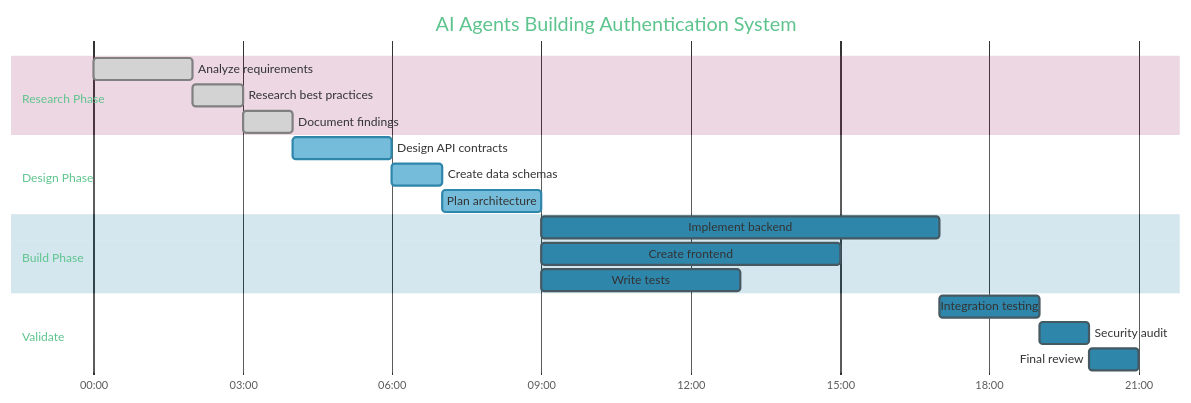
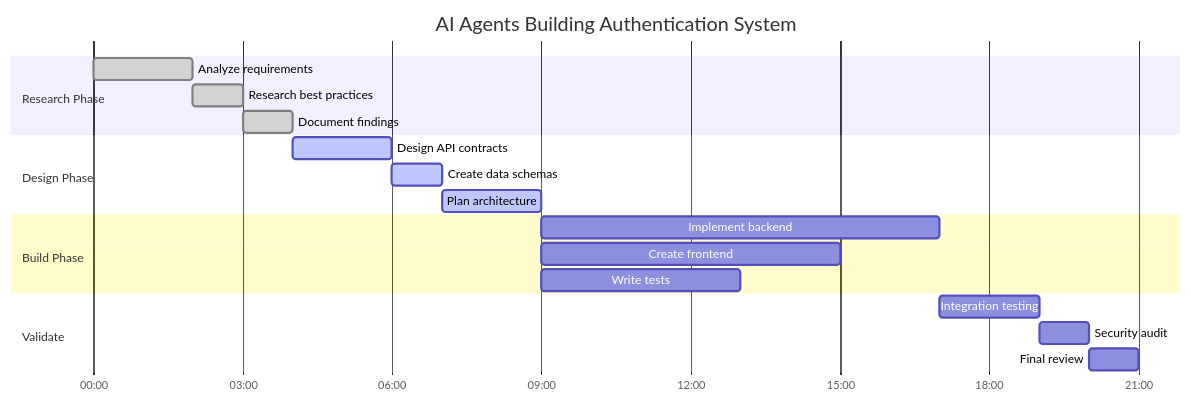
Before and after one commit to lancekrogers/festival-methodology: the third of 4 diagrams in README.md, drawn with Mermaid. The commit also changed other lines of this file, not shown here.

Commit message:
adjust mermaid diagram color scheme

````diff
--- a/README.md
+++ b/README.md
@@ -169,27 +162,26 @@
 ```mermaid
-%%{init: {'theme':'base', 'themeVariables': { 'primaryColor':'#2E86AB', 'secondaryColor':'#5c946e', 'tertiaryColor':'#a23b72'}}}%%
 gantt
     title AI Agents Building Authentication System
     dateFormat HH:mm
     axisFormat %H:%M
 
     section Research Phase
     Analyze requirements     :done, research1, 00:00, 2h
     Research best practices  :done, research2, after research1, 1h
     Document findings        :done, research3, after research2, 1h
 
     section Design Phase
     Design API contracts     :active, design1, after research3, 2h
     Create data schemas      :active, design2, after design1, 1h
     Plan architecture        :active, design3, after design2, 2h
 
     section Build Phase
     Implement backend        :build1, after design3, 8h
     Create frontend          :build2, after design3, 6h
     Write tests              :build3, after design3, 4h
 
     section Validate
     Integration testing      :validate1, after build1, 2h
     Security audit           :validate2, after validate1, 1h
     Final review             :validate3, after validate2, 1h
 ```
````
